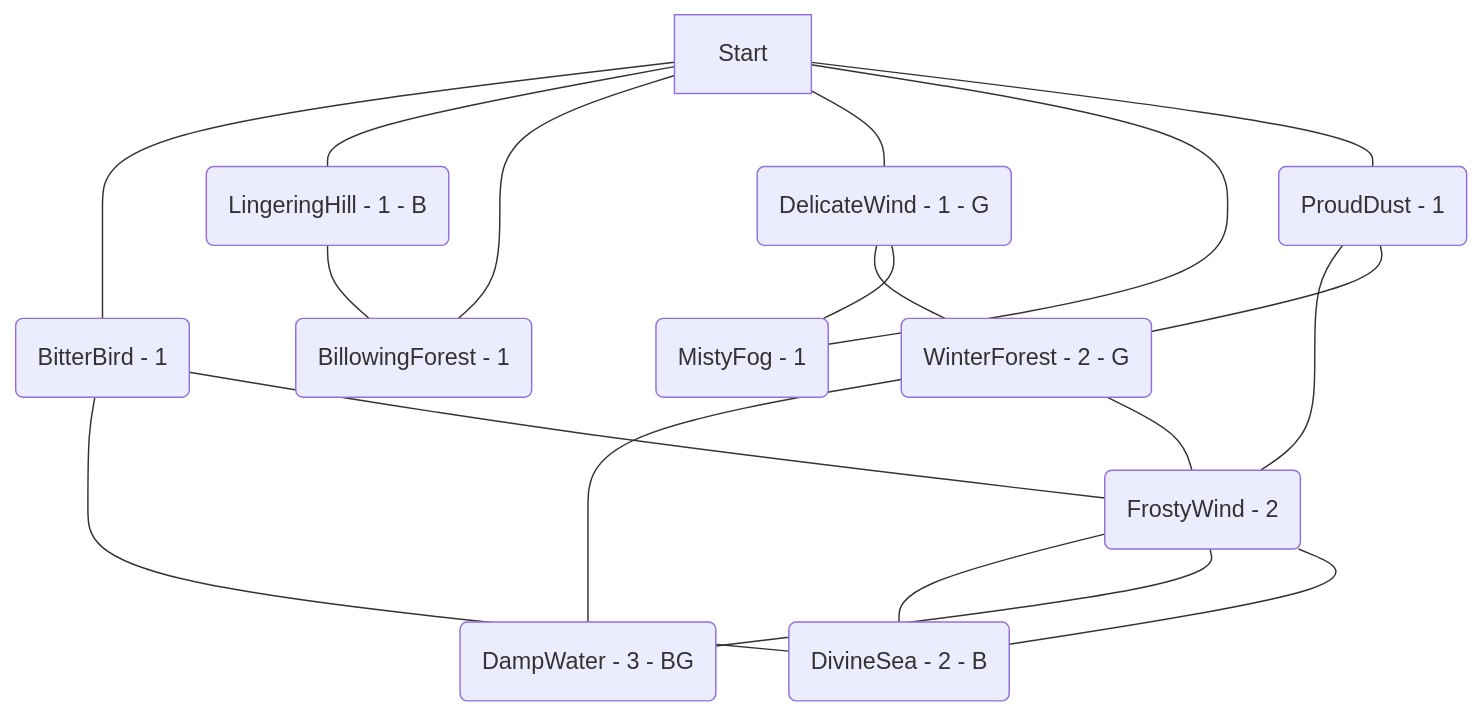
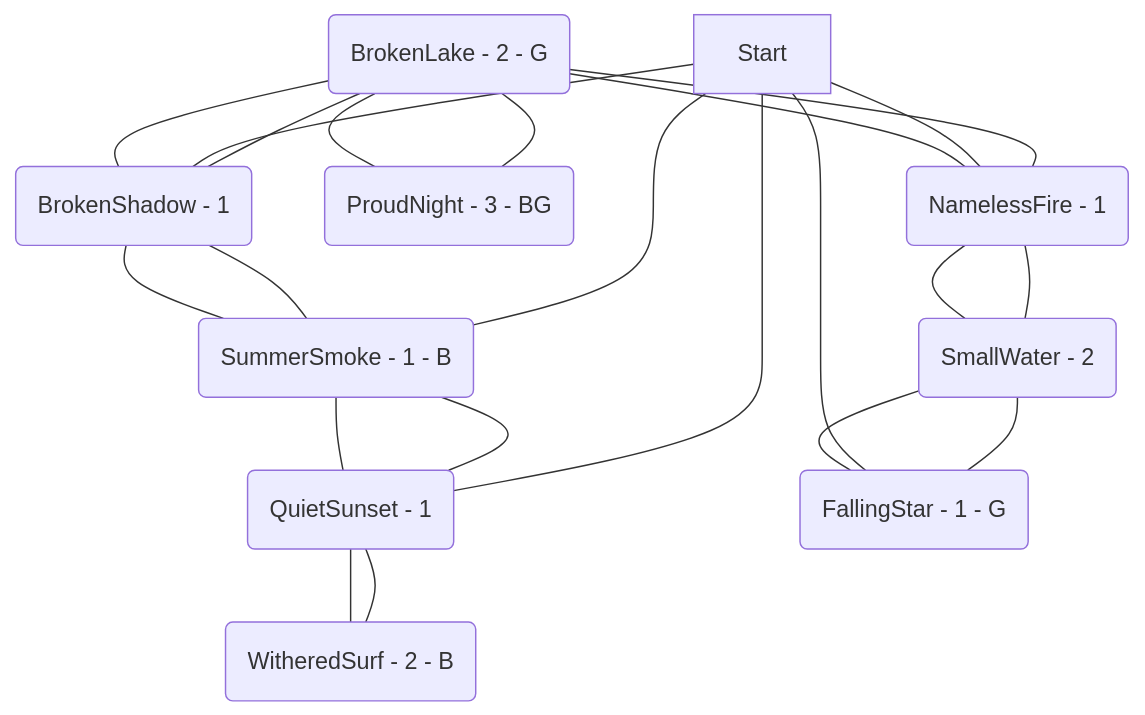
Before and after one commit to kinostl/Automatic-Liberation-Map: the diagram in examples/008.md, drawn with Mermaid. The commit also changed other lines of this file and 10 other files, not shown here.

````diff
--- a/examples/008.md
+++ b/examples/008.md
@@ -4,21 +4,24 @@
 ```mermaid  
 flowchart TD  
-	miTpXGyd(LingeringHill - 1 - B) --- TbKGLpia(BillowingForest - 1)  
-	EBIROsKr(WinterForest - 2 - G) --- GHqpVQbe(DampWater - 3 - BG)  
-	Start --- bXTlJHiy(BitterBird - 1)  
-	mIiZXBQK(FrostyWind - 2) --- YvrWZxKc(DivineSea - 2 - B)  
-	conYTyBg(DelicateWind - 1 - G) --- EBIROsKr(WinterForest - 2 - G)  
-	wSjenUIh(ProudDust - 1) --- mIiZXBQK(FrostyWind - 2)  
-	bXTlJHiy(BitterBird - 1) --- YvrWZxKc(DivineSea - 2 - B)  
-	EBIROsKr(WinterForest - 2 - G) --- mIiZXBQK(FrostyWind - 2)  
-	wSjenUIh(ProudDust - 1) --- EBIROsKr(WinterForest - 2 - G)  
-	mIiZXBQK(FrostyWind - 2) --- GHqpVQbe(DampWater - 3 - BG)  
-	Start --- miTpXGyd(LingeringHill - 1 - B)  
-	Start --- TbKGLpia(BillowingForest - 1)  
-	bXTlJHiy(BitterBird - 1) --- mIiZXBQK(FrostyWind - 2)  
-	Start --- conYTyBg(DelicateWind - 1 - G)  
-	Start --- SIxrPAKQ(MistyFog - 1)  
-	YvrWZxKc(DivineSea - 2 - B) --- mIiZXBQK(FrostyWind - 2)  
-	conYTyBg(DelicateWind - 1 - G) --- SIxrPAKQ(MistyFog - 1)  
-	Start --- wSjenUIh(ProudDust - 1)  
+	LvCOMYFI(BrokenLake - 2 - G) --- ptMhlVsw(BrokenShadow - 1)  
+	Start --- HYaOexdZ(SummerSmoke - 1 - B)  
+	ptMhlVsw(BrokenShadow - 1) --- LvCOMYFI(BrokenLake - 2 - G)  
+	LvCOMYFI(BrokenLake - 2 - G) --- OCirjgvE(ProudNight - 3 - BG)  
+	Start --- JPUzRDtB(QuietSunset - 1)  
+	LvCOMYFI(BrokenLake - 2 - G) --- SywYgkXp(NamelessFire - 1)  
+	HYaOexdZ(SummerSmoke - 1 - B) --- ptMhlVsw(BrokenShadow - 1)  
+	JPUzRDtB(QuietSunset - 1) --- HYaOexdZ(SummerSmoke - 1 - B)  
+	kVMgyBUp(FallingStar - 1 - G) --- RXshTJCt(SmallWater - 2)  
+	OCirjgvE(ProudNight - 3 - BG) --- LvCOMYFI(BrokenLake - 2 - G)  
+	Start --- ptMhlVsw(BrokenShadow - 1)  
+	ptMhlVsw(BrokenShadow - 1) --- HYaOexdZ(SummerSmoke - 1 - B)  
+	HYaOexdZ(SummerSmoke - 1 - B) --- JPUzRDtB(QuietSunset - 1)  
+	RXshTJCt(SmallWater - 2) --- kVMgyBUp(FallingStar - 1 - G)  
+	Start --- SywYgkXp(NamelessFire - 1)  
+	mLsEgzPk(WitheredSurf - 2 - B) --- JPUzRDtB(QuietSunset - 1)  
+	SywYgkXp(NamelessFire - 1) --- RXshTJCt(SmallWater - 2)  
+	JPUzRDtB(QuietSunset - 1) --- mLsEgzPk(WitheredSurf - 2 - B)  
+	Start --- kVMgyBUp(FallingStar - 1 - G)  
+	SywYgkXp(NamelessFire - 1) --- LvCOMYFI(BrokenLake - 2 - G)  
+	RXshTJCt(SmallWater - 2) --- SywYgkXp(NamelessFire - 1)  
 ```  
````
